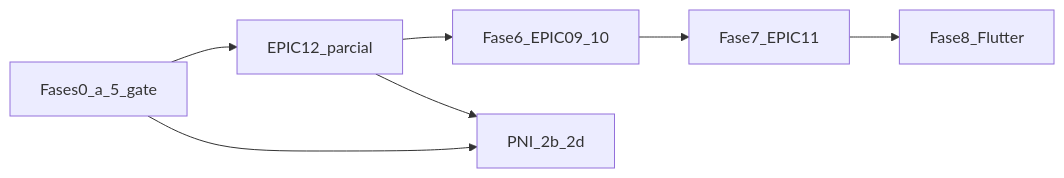
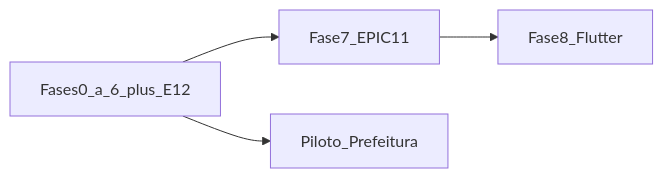
One commit to tiagocassio/cidadaobr changed the first of 17 diagrams in docs/padrão_ledi_e-sus_4f004208.plan.md. Above: the diagram before and after it, drawn with Mermaid. The commit also changed other lines of this file and 23 other files, not shown here.

````diff
--- a/docs/padrão_ledi_e-sus_4f004208.plan.md
+++ b/docs/padrão_ledi_e-sus_4f004208.plan.md
@@ -622,16 +622,11 @@
 ```mermaid
 flowchart LR
-  done[Fases0_a_5_gate]
-  ref[EPIC12_parcial]
-  f6[Fase6_EPIC09_10]
-  pni[PNI_2b_2d]
+  done[Fases0_a_6_plus_E12]
   ai[Fase7_EPIC11]
   mob[Fase8_Flutter]
+  piloto[Piloto_Prefeitura]
 
-  done --> ref
-  ref --> f6
-  done --> pni
-  ref --> pni
-  f6 --> ai
+  done --> ai
   ai --> mob
+  done --> piloto
 ```
````
